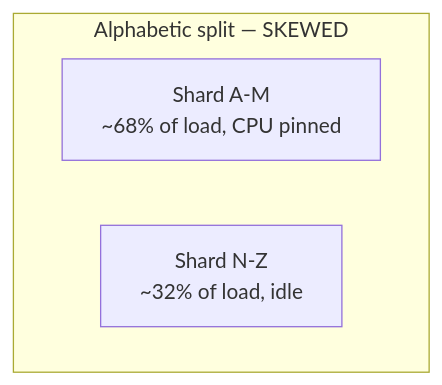
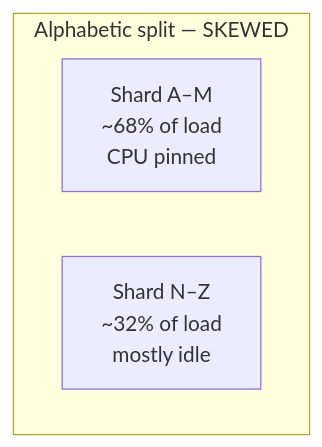
Before and after one commit to riyaz-pasha/Learnings: the fifth of 16 diagrams in system-design/HLD/0-course/37-Typeahead-Suggestion-FAANG-Guide-story.md, drawn with Mermaid. The commit also changed other lines of this file and 1 other file, not shown here.

Commit message:
[REWRITE] Typeahead Suggestion story guide: simplify prose, add structure, fix diagrams

````diff
--- a/system-design/HLD/0-course/37-Typeahead-Suggestion-FAANG-Guide-story.md
+++ b/system-design/HLD/0-course/37-Typeahead-Suggestion-FAANG-Guide-story.md
@@ -101,8 +236,8 @@
 ```mermaid
 flowchart TB
     subgraph Naive["Alphabetic split — SKEWED"]
         direction LR
-        S1["Shard A-M\n~68% of load, CPU pinned"]
-        S2["Shard N-Z\n~32% of load, idle"]
+        S1["Shard A–M<br/>~68% of load<br/>CPU pinned"]
+        S2["Shard N–Z<br/>~32% of load<br/>mostly idle"]
     end
 ```
````
